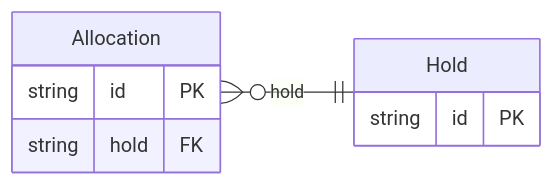
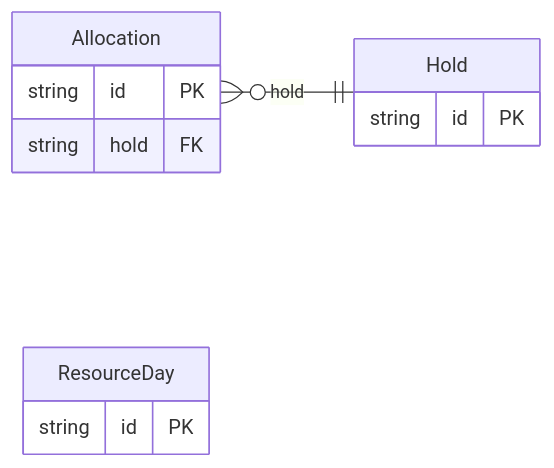
One commit to shokki-engineering/freebusy changed the diagram in protobuf/generated/prisma/freebusy/allocation/README.md. Above: the diagram before and after it, drawn with Mermaid. The commit also changed other lines of this file and 1982 other files, not shown here.

````diff
--- a/protobuf/generated/prisma/freebusy/allocation/README.md
+++ b/protobuf/generated/prisma/freebusy/allocation/README.md
@@ -16,12 +16,15 @@
 ```mermaid
 erDiagram
     direction LR
     Allocation {
         string id PK
         string hold FK
     }
     Hold {
         string id PK
     }
+    ResourceDay {
+        string id PK
+    }
     Allocation }o--|| Hold : "hold"
 ```
````
